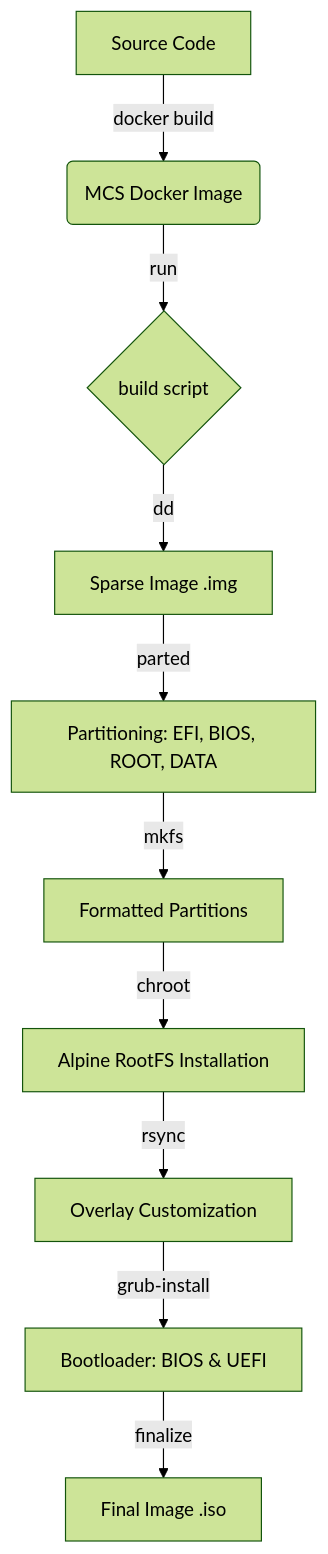
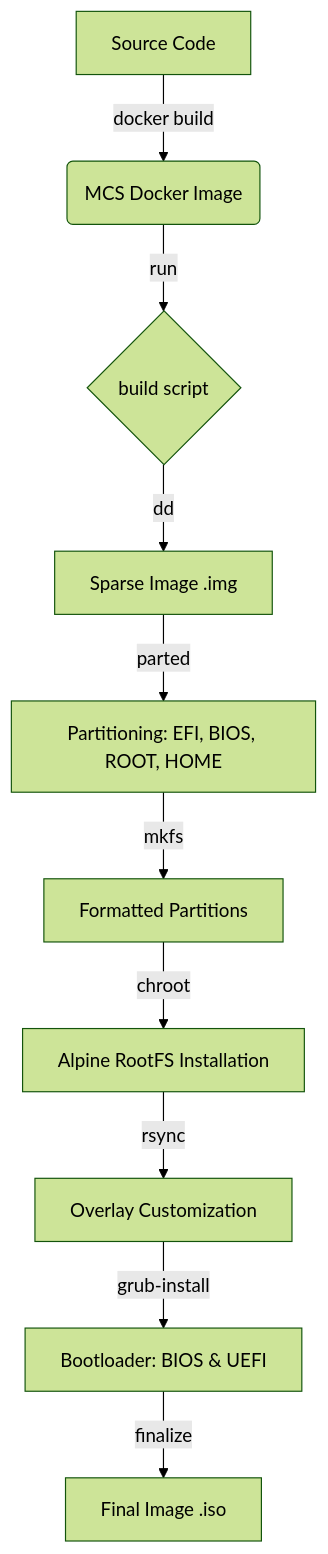
One commit to migasfree/migasfree-clone-system changed the diagram in README.md. Above: the diagram before and after it, drawn with Mermaid (forest theme). The commit also changed other lines of this file and 10 other files, not shown here.

First line of the commit message:
refactor: replace legacy DATA partition references with HOME

````diff
--- a/README.md
+++ b/README.md
@@ -70,12 +70,12 @@
 ```mermaid
 graph TD
     A[Source Code] -->|docker build| B(MCS Docker Image)
     B -->|run| C{build script}
     C -->|dd| D[Sparse Image .img]
-    D -->|parted| E[Partitioning: EFI, BIOS, ROOT, DATA]
+    D -->|parted| E[Partitioning: EFI, BIOS, ROOT, HOME]
     E -->|mkfs| F[Formatted Partitions]
     F -->|chroot| G[Alpine RootFS Installation]
     G -->|rsync| H[Overlay Customization]
     H -->|grub-install| I[Bootloader: BIOS & UEFI]
     I -->|finalize| J[Final Image .iso]
 ```
````
